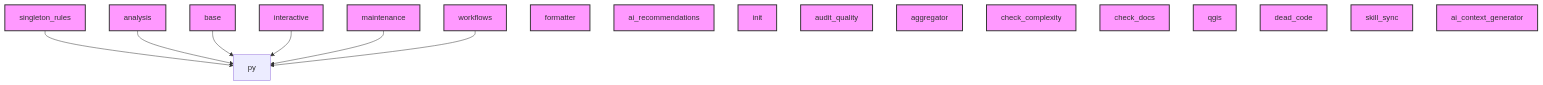
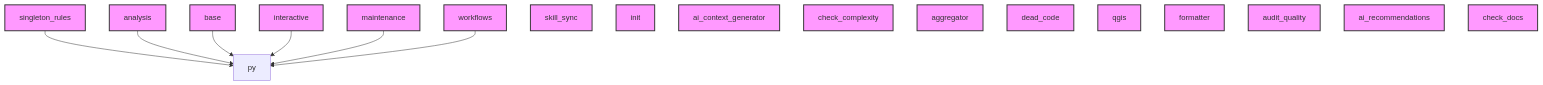
Before and after one commit to geociencio/ai-context-core: the diagram in AI_CONTEXT.md, drawn with Mermaid. The commit also changed other lines of this file and 31 other files, not shown here.

````diff
--- a/AI_CONTEXT.md
+++ b/AI_CONTEXT.md
@@ -107,50 +107,50 @@
 ```mermaid
 graph TD
     singleton_rules --> py
     analysis --> py
     base --> py
     interactive --> py
     maintenance --> py
     workflows --> py
     classDef module fill:#f9f,stroke:#333,stroke-width:2px;
-    formatter
-    class formatter module;
-    base
-    class base module;
-    ai_recommendations
-    class ai_recommendations module;
+    skill_sync
+    class skill_sync module;
+    init
+    class init module;
+    workflows
+    class workflows module;
+    ai_context_generator
+    class ai_context_generator module;
+    check_complexity
+    class check_complexity module;
+    aggregator
+    class aggregator module;
     init
     class init module;
     analysis
     class analysis module;
+    init
+    class init module;
+    dead_code
+    class dead_code module;
+    singleton_rules
+    class singleton_rules module;
+    base
+    class base module;
+    qgis
+    class qgis module;
+    interactive
+    class interactive module;
     maintenance
     class maintenance module;
+    base
+    class base module;
+    formatter
+    class formatter module;
     audit_quality
     class audit_quality module;
-    init
-    class init module;
-    base
-    class base module;
-    aggregator
-    class aggregator module;
-    check_complexity
-    class check_complexity module;
-    interactive
-    class interactive module;
-    workflows
-    class workflows module;
-    singleton_rules
-    class singleton_rules module;
+    ai_recommendations
+    class ai_recommendations module;
     check_docs
     class check_docs module;
-    init
-    class init module;
-    qgis
-    class qgis module;
-    dead_code
-    class dead_code module;
-    skill_sync
-    class skill_sync module;
-    ai_context_generator
-    class ai_context_generator module;
 ```
````
